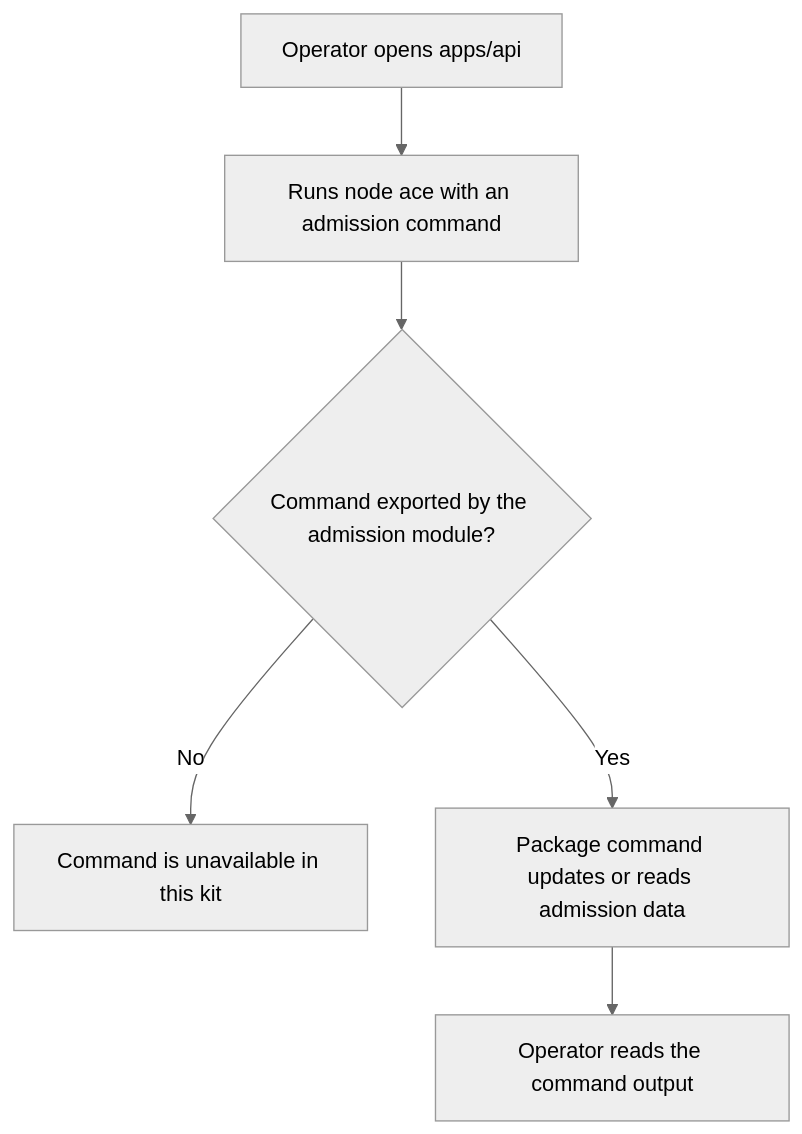
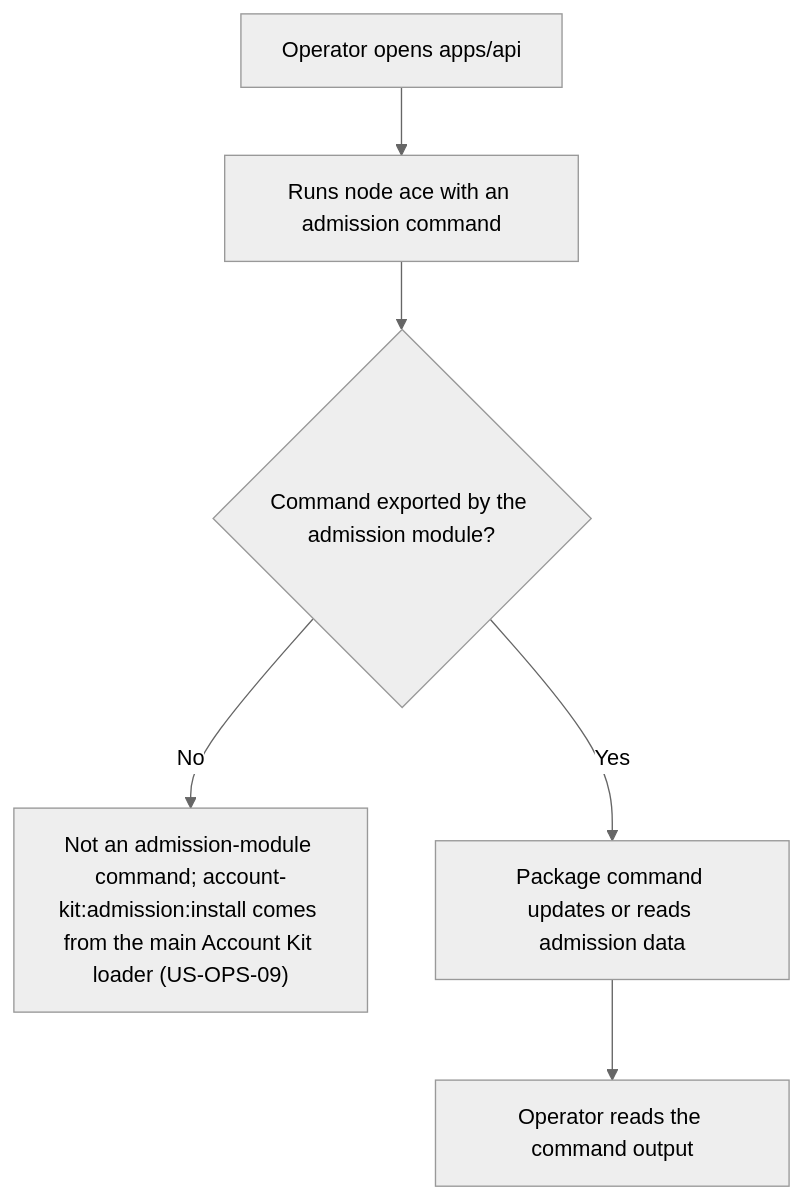
One commit to Kevinjohn/oss-adonisjs-starter-examples changed the first of 2 diagrams in user-stories/operations/us-ops-10-run-admission-commands.md. Above: the diagram before and after it, drawn with Mermaid (neutral theme). The commit also changed other lines of this file and 4 other files, not shown here.

````diff
--- a/user-stories/operations/us-ops-10-run-admission-commands.md
+++ b/user-stories/operations/us-ops-10-run-admission-commands.md
@@ -28,8 +28,8 @@
 ```mermaid
 flowchart TD
     A["Operator opens apps/api"] --> B["Runs node ace with an admission command"]
     B --> C{"Command exported by the admission module?"}
-    C -->|No| D["Command is unavailable in this kit"]
+    C -->|No| D["Not an admission-module command; account-kit:admission:install comes from the main Account Kit loader (US-OPS-09)"]
     C -->|Yes| E["Package command updates or reads admission data"]
     E --> F["Operator reads the command output"]
 ```
````
